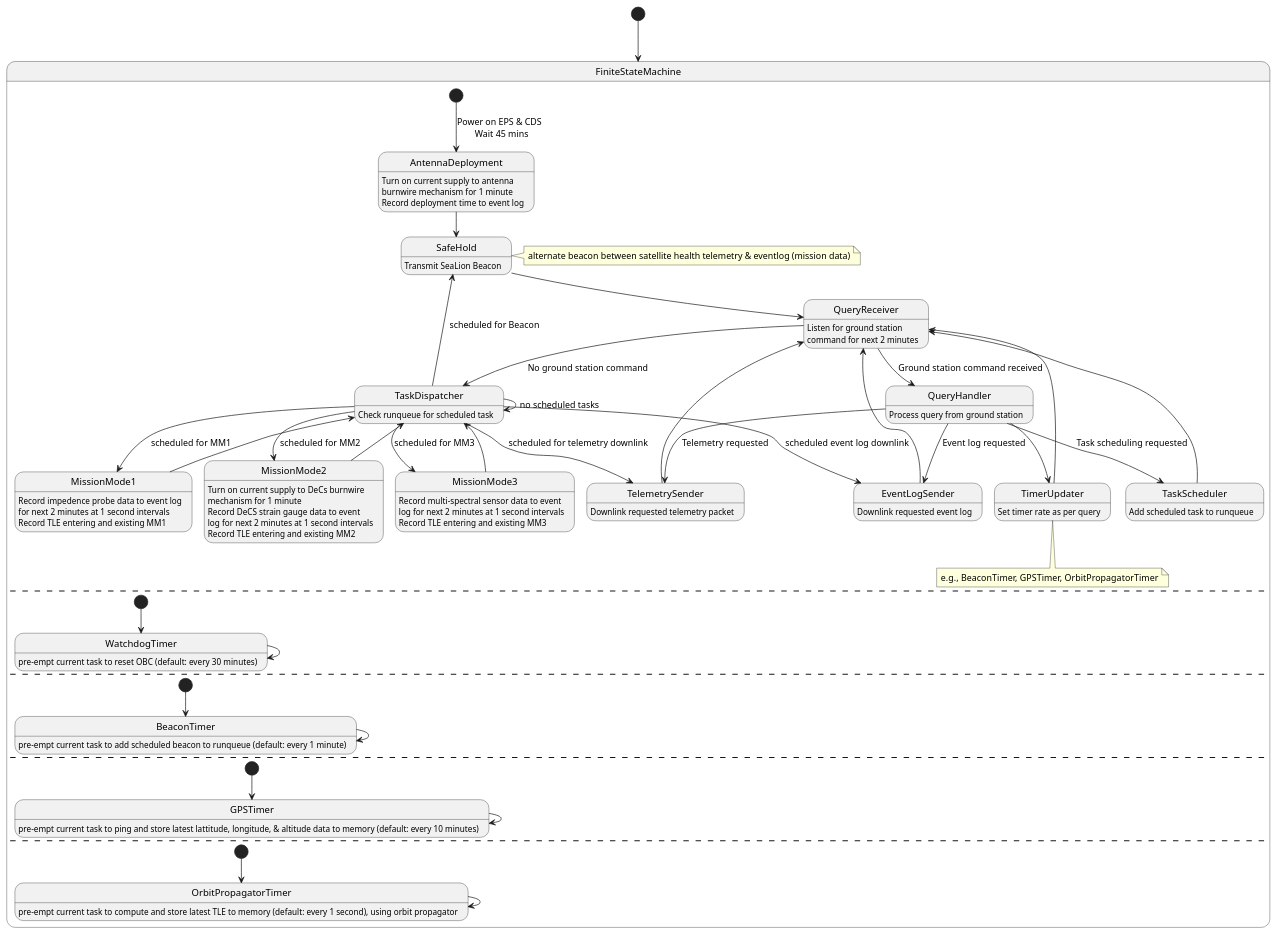
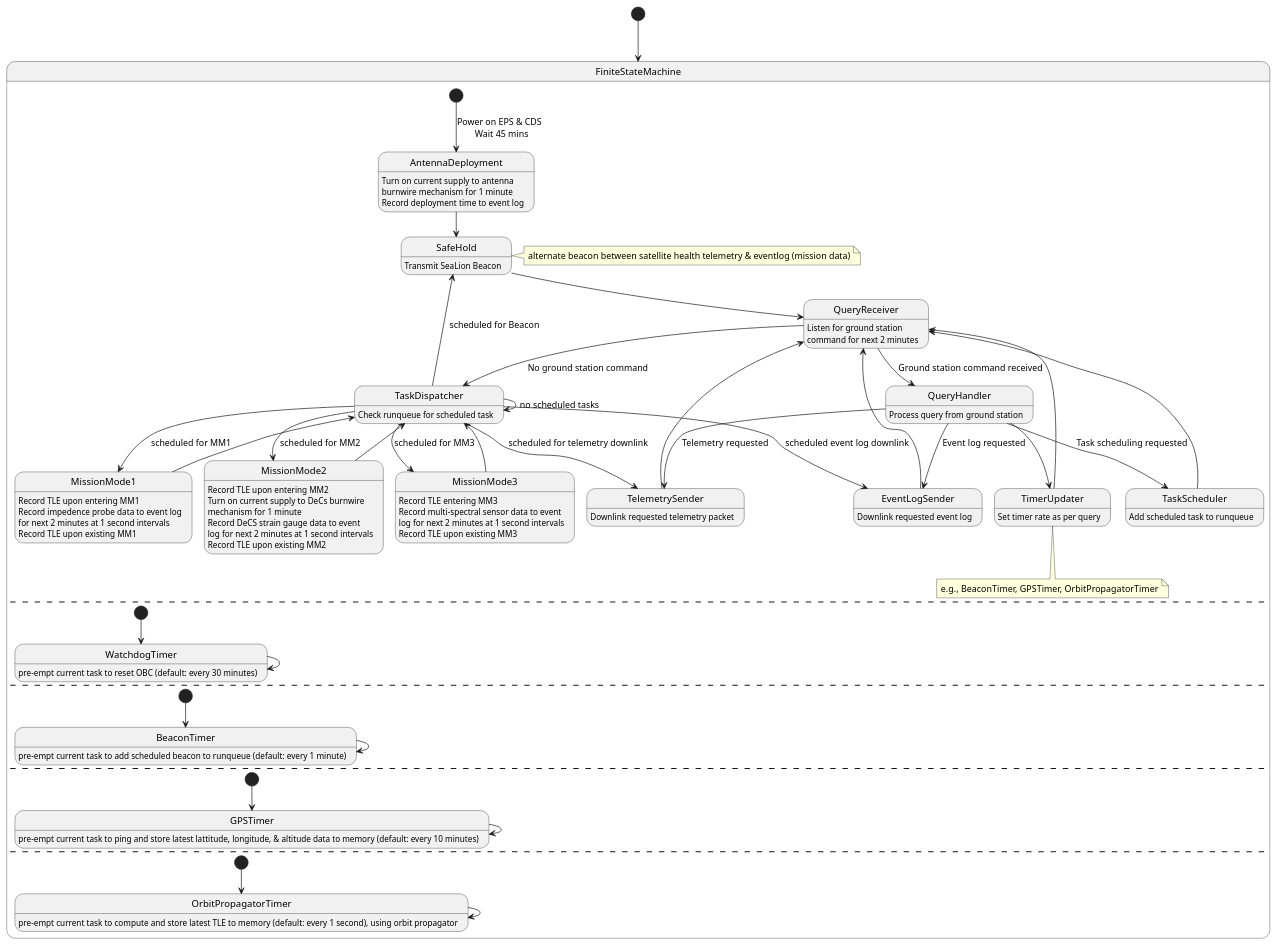
The diagram in fsw-architecture/operating-mode-as-fsm.puml (ODU-CGA-CubeSat/FSW), drawn with PlantUML before and after one commit.

Commit message:
Update operating-mode-as-fsm.puml
-Added activity for mission modes

```diff
--- a/fsw-architecture/operating-mode-as-fsm.puml
+++ b/fsw-architecture/operating-mode-as-fsm.puml
@@ -1,87 +1,90 @@
 @startuml
 
 [*] --> FiniteStateMachine
 state FiniteStateMachine {
       state AntennaDeployment
             AntennaDeployment : Turn on current supply to antenna
             AntennaDeployment : burnwire mechanism for 1 minute
             AntennaDeployment : Record deployment time to event log
       state SafeHold
             SafeHold : Transmit SeaLion Beacon
       note right of SafeHold : alternate beacon between satellite health telemetry & eventlog (mission data)
       state QueryReceiver
             QueryReceiver : Listen for ground station
             QueryReceiver : command for next 2 minutes
       state TelemetrySender
             TelemetrySender : Downlink requested telemetry packet
       state EventLogSender
             EventLogSender : Downlink requested event log
       state TimerUpdater
       TimerUpdater : Set timer rate as per query
       note bottom of TimerUpdater : e.g., BeaconTimer, GPSTimer, OrbitPropagatorTimer
       state MissionMode1
+            MissionMode1 : Record TLE upon entering MM1
             MissionMode1 : Record impedence probe data to event log
             MissionMode1 : for next 2 minutes at 1 second intervals
-            MissionMode1 : Record TLE entering and existing MM1
+            MissionMode1 : Record TLE upon existing MM1
       state MissionMode2
+            MissionMode2 : Record TLE upon entering MM2
             MissionMode2 : Turn on current supply to DeCs burnwire
             MissionMode2 : mechanism for 1 minute
             MissionMode2 : Record DeCS strain gauge data to event
             MissionMode2 : log for next 2 minutes at 1 second intervals
-            MissionMode2 : Record TLE entering and existing MM2
+            MissionMode2 : Record TLE upon existing MM2
       state MissionMode3
+            MissionMode3 : Record TLE entering MM3
             MissionMode3 : Record multi-spectral sensor data to event
             MissionMode3 : log for next 2 minutes at 1 second intervals
-            MissionMode3 : Record TLE entering and existing MM3
+            MissionMode3 : Record TLE upon existing MM3
       state TaskDispatcher
             TaskDispatcher : Check runqueue for scheduled task
       state QueryHandler
             QueryHandler : Process query from ground station
       state TaskScheduler
             TaskScheduler : Add scheduled task to runqueue
 
       [*] --> AntennaDeployment : Power on EPS & CDS \n Wait 45 mins
       AntennaDeployment --> SafeHold
       SafeHold --> QueryReceiver
       QueryReceiver --> QueryHandler : Ground station command received
       QueryHandler --> TelemetrySender : Telemetry requested
       QueryHandler --> EventLogSender : Event log requested
       QueryHandler --> TaskScheduler : Task scheduling requested
       QueryHandler --> TimerUpdater
       TimerUpdater --> QueryReceiver
       TelemetrySender --> QueryReceiver
       EventLogSender --> QueryReceiver
       TaskScheduler --> QueryReceiver
       QueryReceiver --> TaskDispatcher : No ground station command
       TaskDispatcher --> TaskDispatcher : no scheduled tasks
       TaskDispatcher --> MissionMode1 : scheduled for MM1
       TaskDispatcher --> MissionMode2 : scheduled for MM2
       TaskDispatcher --> MissionMode3 : scheduled for MM3
       TaskDispatcher --> EventLogSender : scheduled event log downlink
       TaskDispatcher --> TelemetrySender : scheduled for telemetry downlink
       TaskDispatcher --> SafeHold : scheduled for Beacon
       MissionMode1 --> TaskDispatcher
       MissionMode2 --> TaskDispatcher
       MissionMode3 --> TaskDispatcher
       --
       state WatchdogTimer
             WatchdogTimer : pre-empt current task to reset OBC (default: every 30 minutes)
       [*] --> WatchdogTimer
       WatchdogTimer --> WatchdogTimer
       --
       state BeaconTimer
             BeaconTimer : pre-empt current task to add scheduled beacon to runqueue (default: every 1 minute)
       [*] --> BeaconTimer
       BeaconTimer --> BeaconTimer
       --
       state GPSTimer
             GPSTimer : pre-empt current task to ping and store latest lattitude, longitude, & altitude data to memory (default: every 10 minutes)
       [*] --> GPSTimer
       GPSTimer --> GPSTimer
       --
       state OrbitPropagatorTimer
             OrbitPropagatorTimer : pre-empt current task to compute and store latest TLE to memory (default: every 1 second), using orbit propagator
       [*] --> OrbitPropagatorTimer
       OrbitPropagatorTimer --> OrbitPropagatorTimer
 }
 @enduml
```
